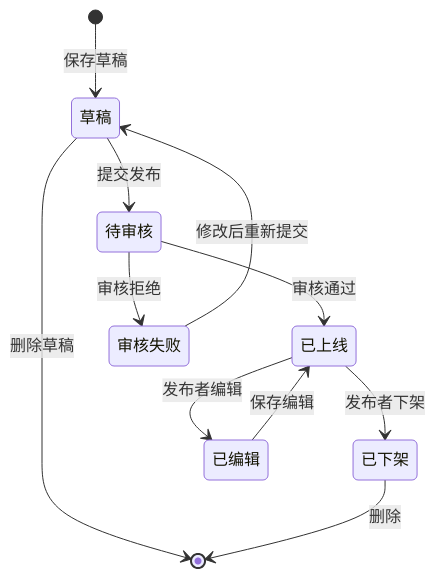
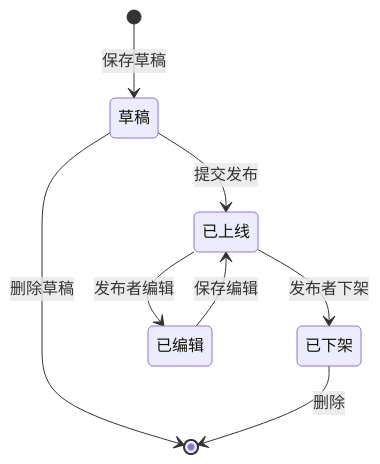
One commit to jiadan-user/jiacangku changed the third of 3 diagrams in bundled/knowledge_base/业务知识图谱/房产业务域/房产业务全景.md. Above: the diagram before and after it, drawn with Mermaid. The commit also changed other lines of this file, not shown here.

````diff
--- a/bundled/knowledge_base/业务知识图谱/房产业务域/房产业务全景.md
+++ b/bundled/knowledge_base/业务知识图谱/房产业务域/房产业务全景.md
@@ -283,13 +283,10 @@
 ```mermaid
 stateDiagram-v2
     [*] --> 草稿: 保存草稿
-    草稿 --> 待审核: 提交发布
+    草稿 --> 已上线: 提交发布
     草稿 --> [*]: 删除草稿
-    待审核 --> 已上线: 审核通过
-    待审核 --> 审核失败: 审核拒绝
-    审核失败 --> 草稿: 修改后重新提交
     已上线 --> 已下架: 发布者下架
     已上线 --> 已编辑: 发布者编辑
     已编辑 --> 已上线: 保存编辑
     已下架 --> [*]: 删除
 ```
````
